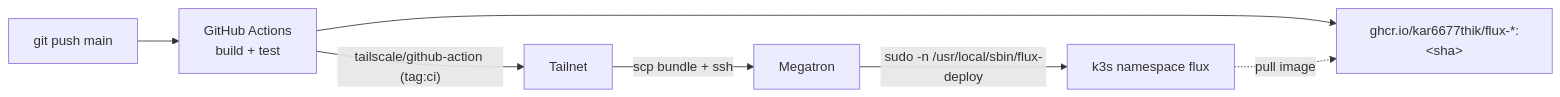
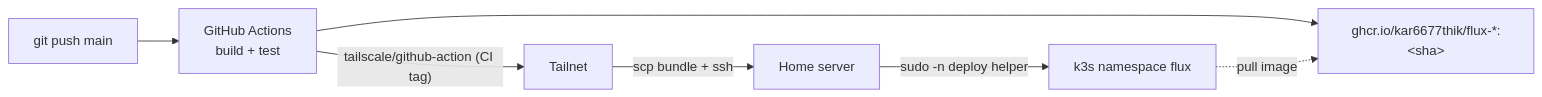
Before and after one commit to Kar6677thik/Flux: the second of 2 diagrams in docs/spec.md, drawn with Mermaid. The commit also changed other lines of this file and 14 other files, not shown here.

First line of the commit message:
Remove private home-server details from docs; add a confidentiality check to CI

````diff
--- a/docs/spec.md
+++ b/docs/spec.md
@@ -440,9 +440,9 @@
 ```mermaid
 flowchart LR
     Dev["git push main"] --> CI["GitHub Actions<br/>build + test"]
     CI --> GHCR["ghcr.io/kar6677thik/flux-*:&lt;sha&gt;"]
-    CI -->|"tailscale/github-action (tag:ci)"| TS["Tailnet"]
-    TS -->|"scp bundle + ssh"| S["Megatron"]
-    S -->|"sudo -n /usr/local/sbin/flux-deploy"| K["k3s namespace flux"]
+    CI -->|"tailscale/github-action (CI tag)"| TS["Tailnet"]
+    TS -->|"scp bundle + ssh"| S["Home server"]
+    S -->|"sudo -n deploy helper"| K["k3s namespace flux"]
     K -.->|"pull image"| GHCR
 ```
````
